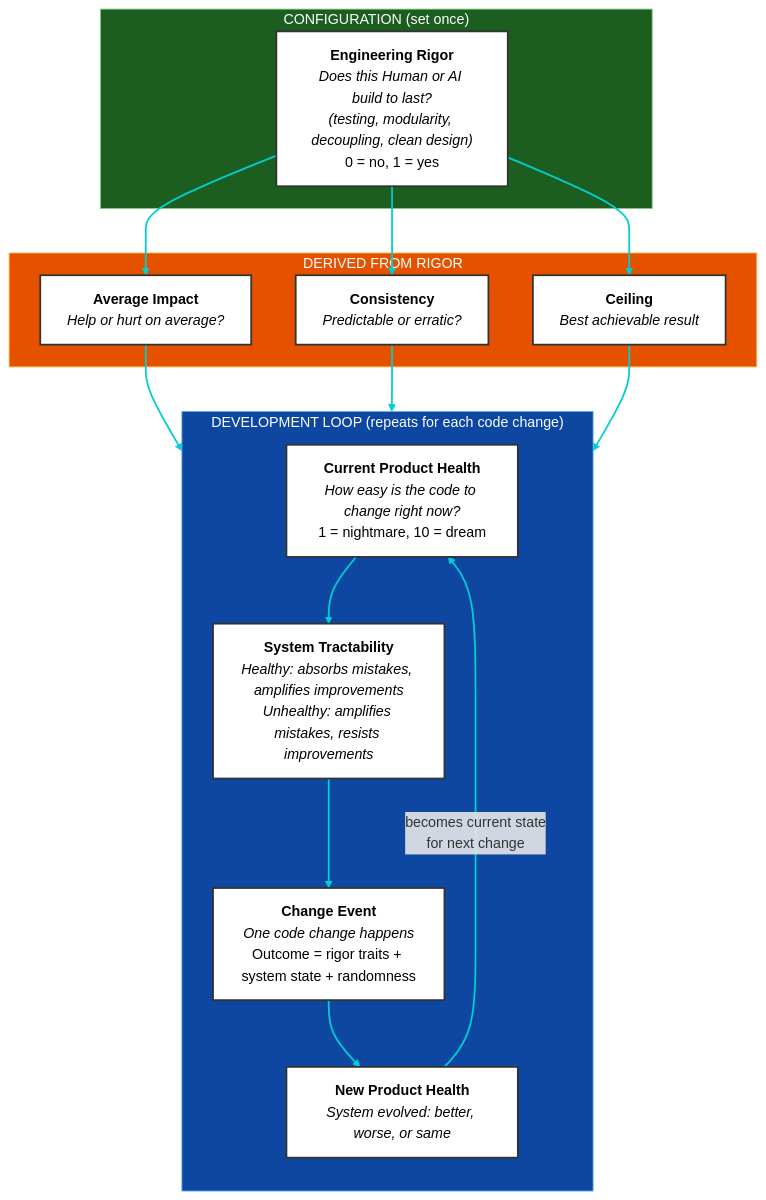
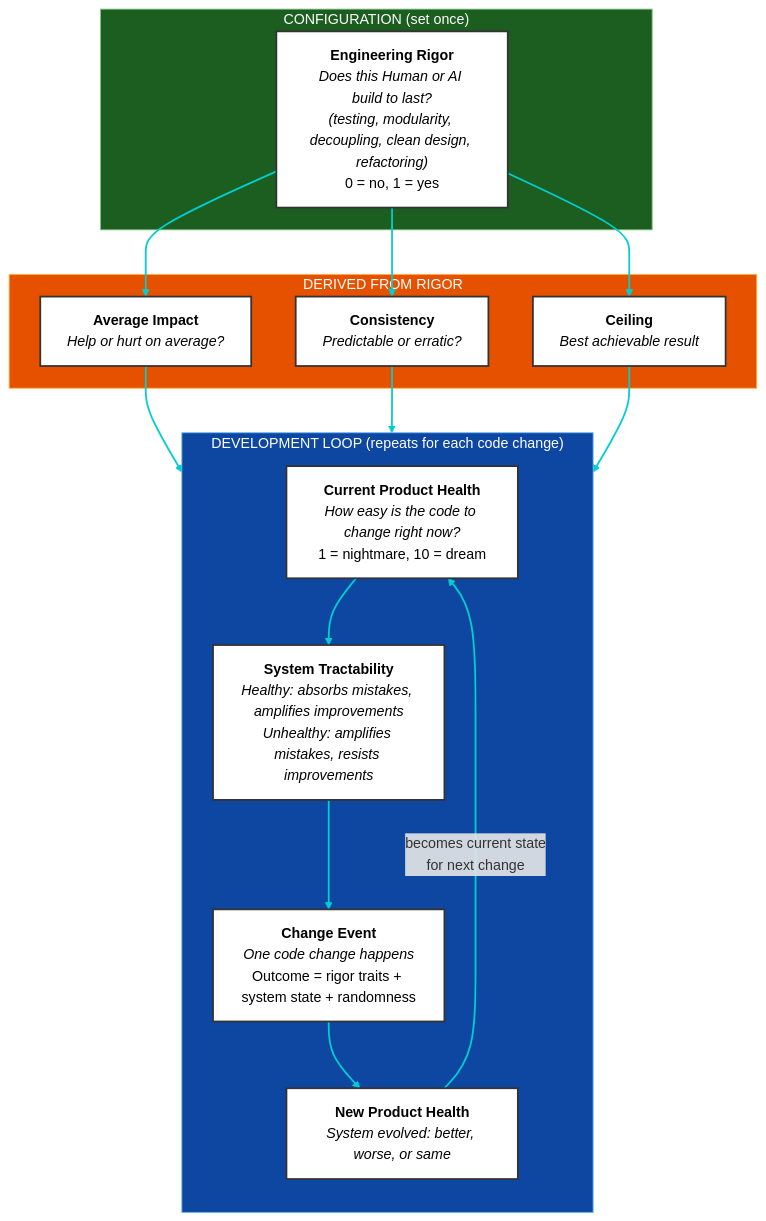
One commit to dawid-dahl-umain/product-health-dynamics changed the diagram in model.mermaid. Above: the diagram before and after it, drawn with Mermaid.

Commit message:
docs: expand Engineering Rigor description in mermaid diagram

```diff
--- a/model.mermaid
+++ b/model.mermaid
@@ -1,40 +1,40 @@
 flowchart TB
     subgraph config ["CONFIGURATION (set once)"]
-        ER["<b>Engineering Rigor</b><br/><i>Does this Human or AI build to last?</i><br/><i>(testing, modularity, decoupling, clean design)</i><br/>0 = no, 1 = yes"]
+        ER["<b>Engineering Rigor</b><br/><i>Does this Human or AI build to last?</i><br/><i>(testing, modularity, decoupling, clean design, refactoring)</i><br/>0 = no, 1 = yes"]
     end
 
     subgraph derived ["DERIVED FROM RIGOR"]
         BI["<b>Average Impact</b><br/><i>Help or hurt on average?</i>"]
         BS["<b>Consistency</b><br/><i>Predictable or erratic?</i>"]
         MH["<b>Ceiling</b><br/><i>Best achievable result</i>"]
     end
 
     subgraph loop ["DEVELOPMENT LOOP (repeats for each code change)"]
         direction TB
         
         PH["<b>Current Product Health</b><br/><i>How easy is the code to change right now?</i><br/>1 = nightmare, 10 = dream"]
         
         SS["<b>System Tractability</b><br/><i>Healthy: absorbs mistakes, amplifies improvements</i><br/><i>Unhealthy: amplifies mistakes, resists improvements</i>"]
         
         CE["<b>Change Event</b><br/><i>One code change happens</i><br/>Outcome = rigor traits + system state + randomness"]
         
         NPH["<b>New Product Health</b><br/><i>System evolved: better, worse, or same</i>"]
 
         PH --> SS
         SS --> CE
         CE --> NPH
         NPH -->|"becomes current state<br/>for next change"| PH
     end
 
     ER --> BI & BS & MH
     BI & BS & MH --> CE
 
     %% Styling
     style config fill:#1b5e20,stroke:#81c784,color:#fff
     style derived fill:#e65100,stroke:#ffb74d,color:#fff
     style loop fill:#0d47a1,stroke:#64b5f6,color:#fff
 
     classDef nodeStyle fill:#fff,stroke:#333,color:#000,stroke-width:2px
     class ER,PH,BI,BS,MH,SS,CE,NPH nodeStyle
 
     linkStyle default stroke:#00ced1,stroke-width:2px
```
